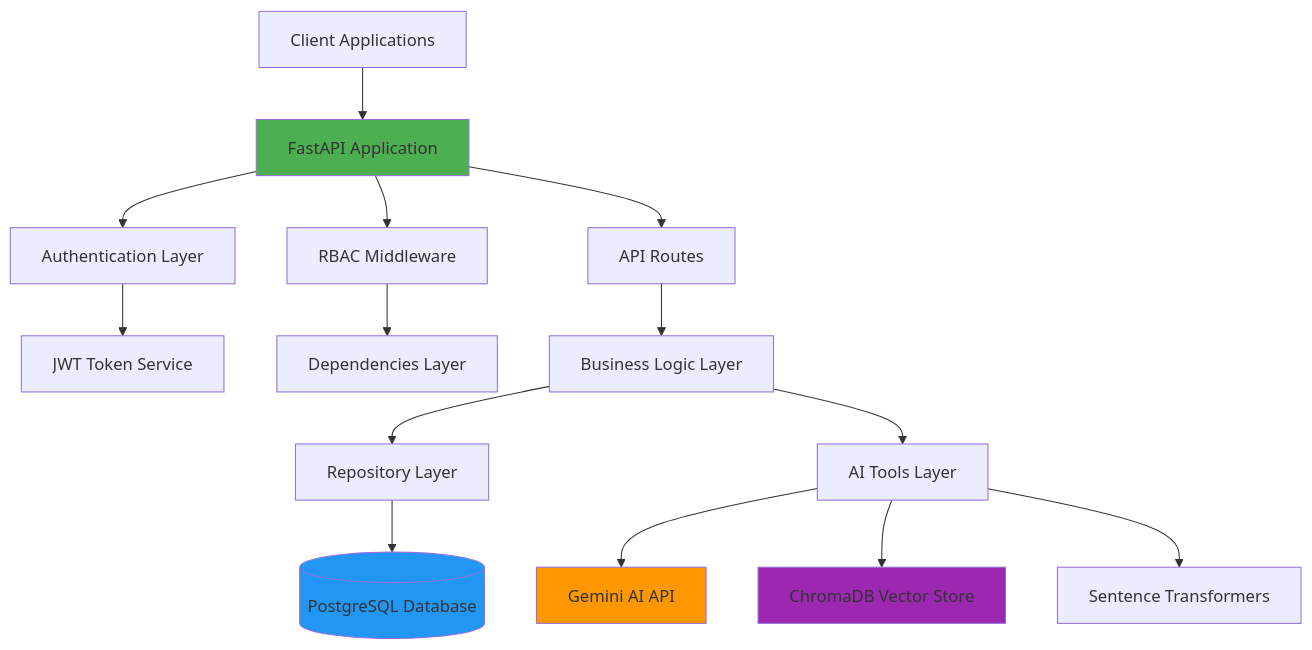
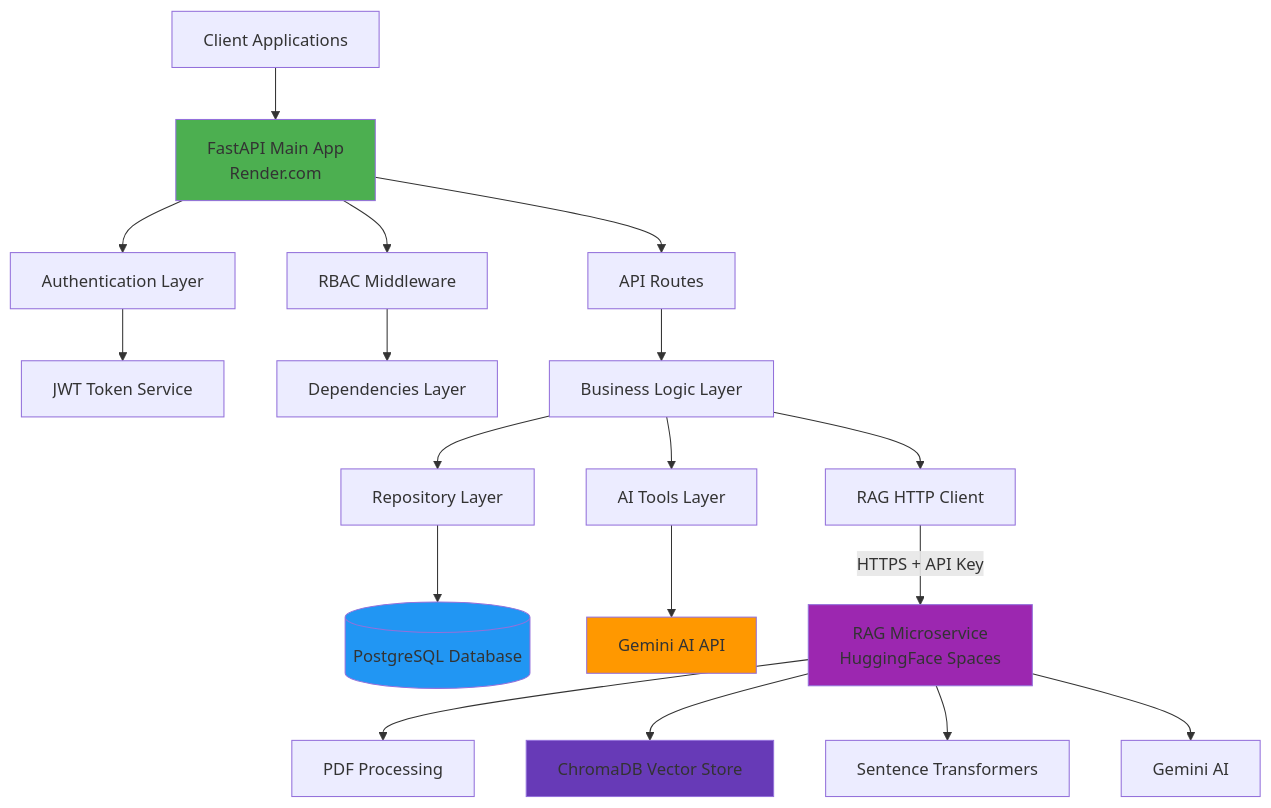
The first of 4 diagrams in PROJECT_REPORT.md (hiren0158/book-management-api), drawn with Mermaid before and after one commit. The commit also changed other lines of this file, not shown here.

First line of the commit message:
Update PROJECT_REPORT.md with RAG microservice architecture

````diff
--- a/PROJECT_REPORT.md
+++ b/PROJECT_REPORT.md
@@ -65,24 +65,32 @@
 ```mermaid
 graph TB
-    Client[Client Applications] --> API[FastAPI Application]
-    API --> Auth[Authentication Layer]
-    API --> RBAC[RBAC Middleware]
+    Client[Client Applications] --> MainApp[FastAPI Main App<br/>Render.com]
+    
+    MainApp --> Auth[Authentication Layer]
+    MainApp --> RBAC[RBAC Middleware]
     
     Auth --> JWT[JWT Token Service]
     RBAC --> Deps[Dependencies Layer]
     
-    API --> Routes[API Routes]
+    MainApp --> Routes[API Routes]
     Routes --> Services[Business Logic Layer]
     Services --> Repos[Repository Layer]
     Repos --> DB[(PostgreSQL Database)]
     
     Services --> AITools[AI Tools Layer]
     AITools --> Gemini[Gemini AI API]
-    AITools --> VectorDB[ChromaDB Vector Store]
-    AITools --> Embeddings[Sentence Transformers]
     
-    style API fill:#4CAF50
+    Services --> RAGClient[RAG HTTP Client]
+    RAGClient -->|HTTPS + API Key| RAGService[RAG Microservice<br/>HuggingFace Spaces]
+    
+    RAGService --> PDFParser[PDF Processing]
+    RAGService --> VectorDB[ChromaDB Vector Store]
+    RAGService --> Embeddings[Sentence Transformers]
+    RAGService --> GeminiRAG[Gemini AI]
+    
+    style MainApp fill:#4CAF50
     style DB fill:#2196F3
     style Gemini fill:#FF9800
-    style VectorDB fill:#9C27B0
+    style RAGService fill:#9C27B0
+    style VectorDB fill:#673AB7
 ```
````
